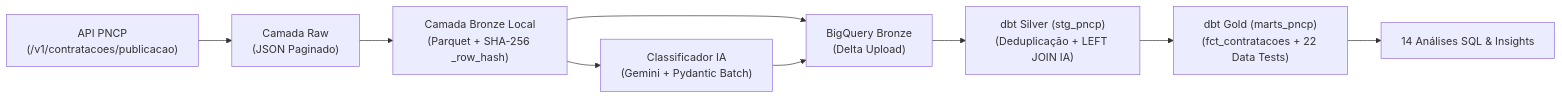
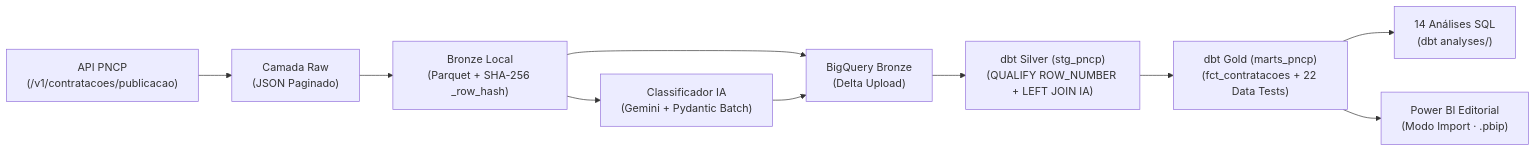
One commit to pazaborgs/pncp-tic-analytics-pipeline changed the diagram in README.md. Above: the diagram before and after it, drawn with Mermaid. The commit also changed other lines of this file and 49 other files, not shown here.

````diff
--- a/README.md
+++ b/README.md
@@ -27,11 +58,12 @@
 ```mermaid
 flowchart LR
     API["API PNCP<br/>(/v1/contratacoes/publicacao)"] --> RAW["Camada Raw<br/>(JSON Paginado)"]
-    RAW --> BRONZE["Camada Bronze Local<br/>(Parquet + SHA-256 _row_hash)"]
+    RAW --> BRONZE["Bronze Local<br/>(Parquet + SHA-256 _row_hash)"]
     BRONZE --> LLM["Classificador IA<br/>(Gemini + Pydantic Batch)"]
     BRONZE --> BQ_BRONZE["BigQuery Bronze<br/>(Delta Upload)"]
     LLM --> BQ_BRONZE
-    BQ_BRONZE --> DBT_STG["dbt Silver (stg_pncp)<br/>(Deduplicação + LEFT JOIN IA)"]
+    BQ_BRONZE --> DBT_STG["dbt Silver (stg_pncp)<br/>(QUALIFY ROW_NUMBER + LEFT JOIN IA)"]
     DBT_STG --> DBT_GOLD["dbt Gold (marts_pncp)<br/>(fct_contratacoes + 22 Data Tests)"]
-    DBT_GOLD --> ANALYSES["14 Análises SQL & Insights"]
+    DBT_GOLD --> SQL["14 Análises SQL<br/>(dbt analyses/)"]
+    DBT_GOLD --> PBI["Power BI Editorial<br/>(Modo Import · .pbip)"]
 ```
````
